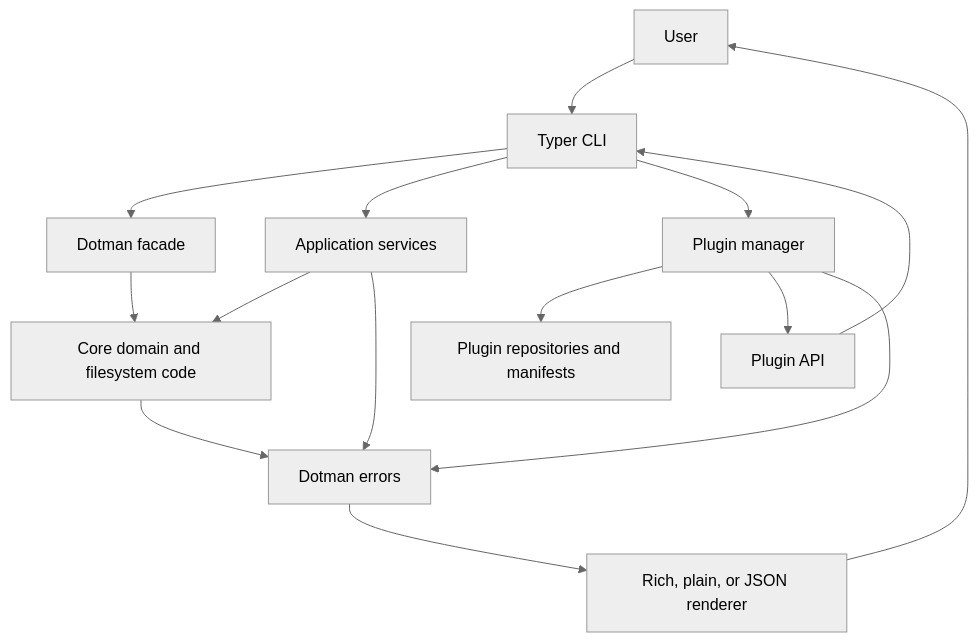
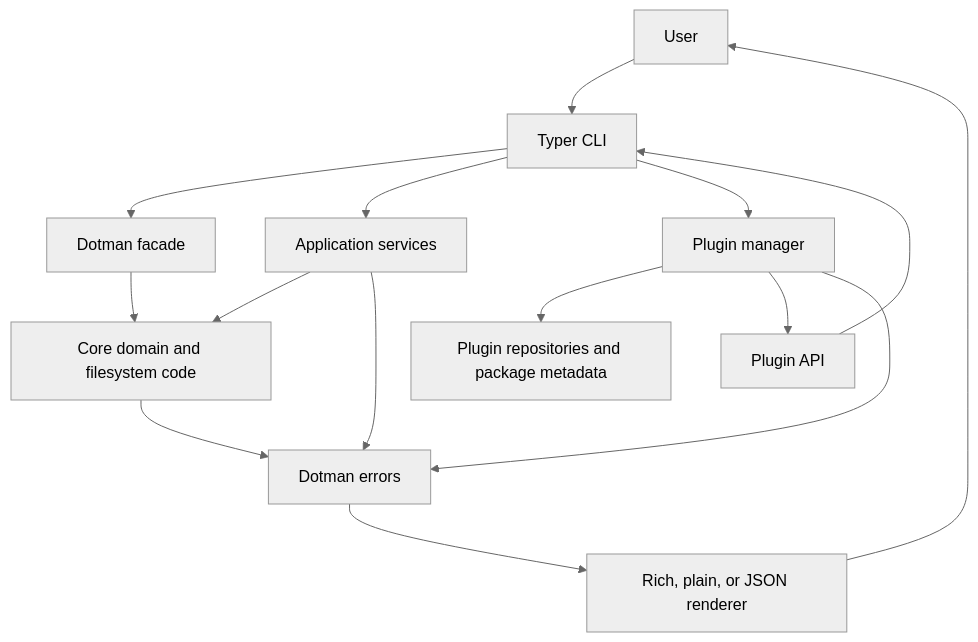
The first of 2 diagrams in ARCHITECTURE.md (aditya-jodha/dotman), drawn with Mermaid (neutral theme) before and after one commit. The commit also changed other lines of this file and 24 other files, not shown here.

First line of the commit message:
feat(plugin): discover installed entry point plugins (#9)

````diff
--- a/ARCHITECTURE.md
+++ b/ARCHITECTURE.md
@@ -5,17 +5,17 @@
 ```mermaid
 flowchart TB
     User --> CLI[Typer CLI]
     CLI --> Facade[Dotman facade]
     CLI --> Services[Application services]
     CLI --> Plugins[Plugin manager]
     Facade --> Core[Core domain and filesystem code]
     Services --> Core
-    Plugins --> Repos[Plugin repositories and manifests]
+    Plugins --> Repos[Plugin repositories and package metadata]
     Plugins --> API[Plugin API]
     API --> CLI
     Core --> Errors[Dotman errors]
     Services --> Errors
     Plugins --> Errors
     Errors --> Renderer[Rich, plain, or JSON renderer]
     Renderer --> User
 ```
````
